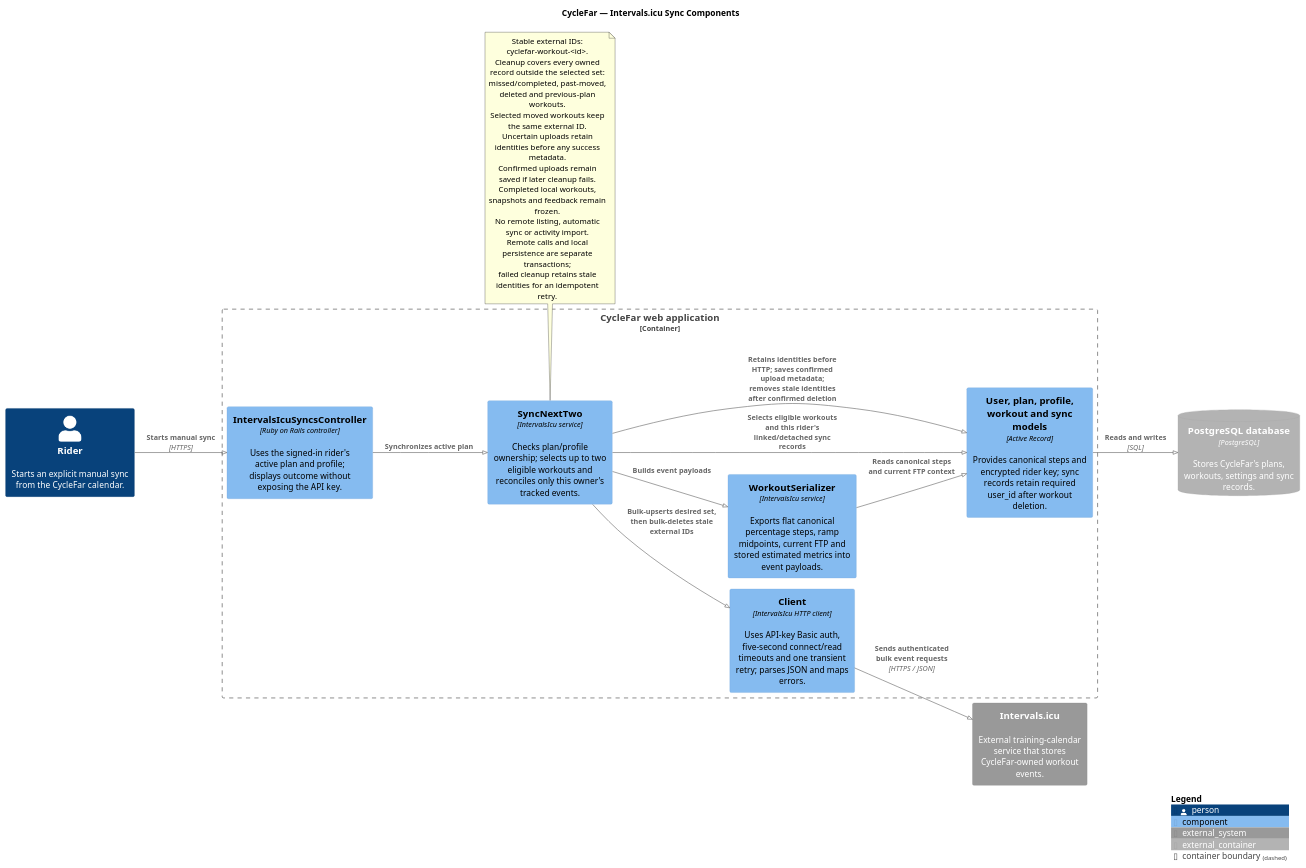
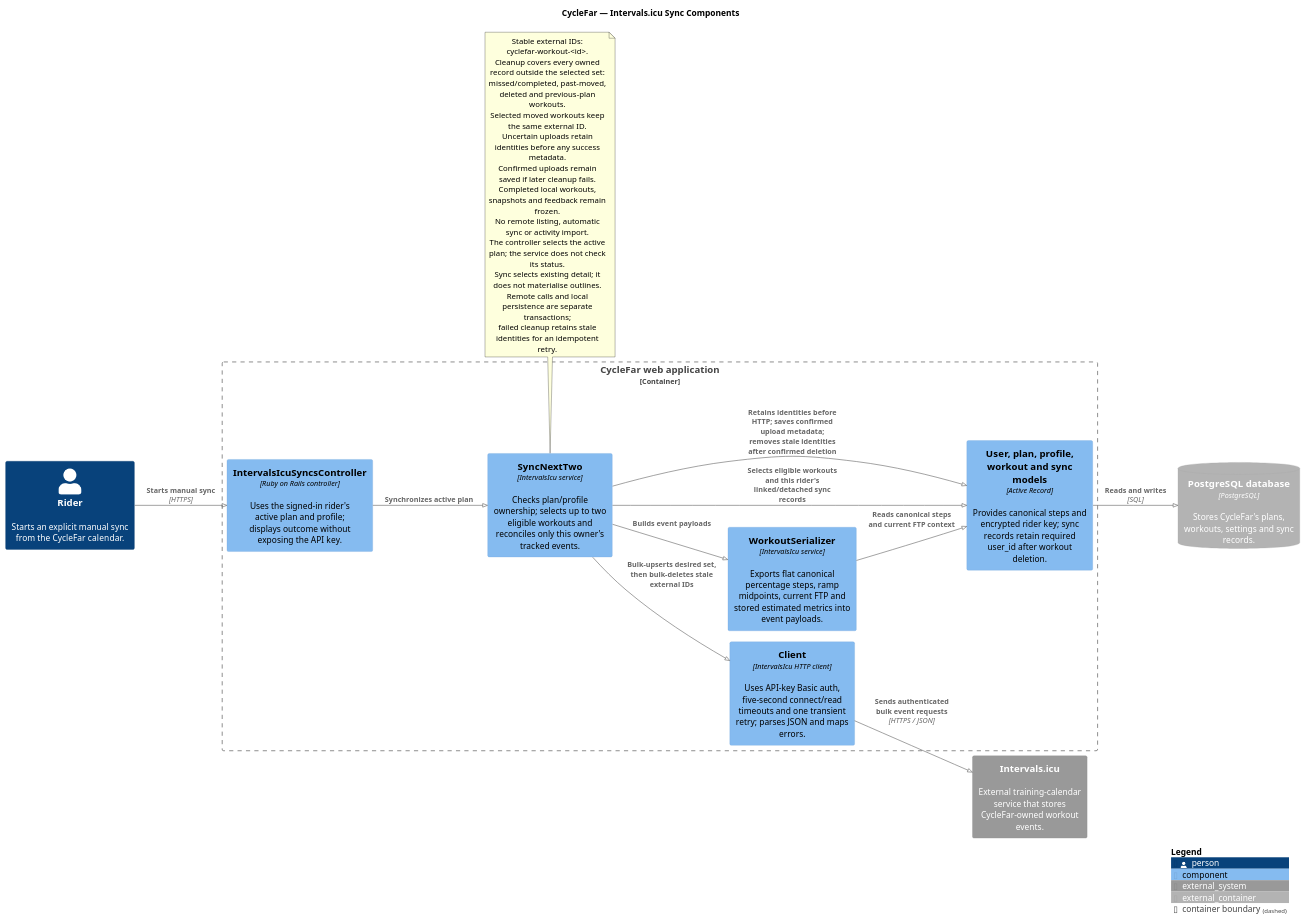
Before and after one commit to richardhartme/cyclefar: the diagram in docs/diagrams/component-cyclefar-intervals-icu-sync.puml, drawn with PlantUML. The commit also changed 20 other files, not shown here.

Commit message:
Updated diagrams

```diff
--- a/docs/diagrams/component-cyclefar-intervals-icu-sync.puml
+++ b/docs/diagrams/component-cyclefar-intervals-icu-sync.puml
@@ -1,46 +1,48 @@
 @startuml
 !pragma layout smetana
 ' Scope and limitations: README.md
 !include https://raw.githubusercontent.com/plantuml-stdlib/C4-PlantUML/master/C4_Component.puml
 
 title CycleFar — Intervals.icu Sync Components
 
 LAYOUT_LEFT_RIGHT()
 
 Person(rider, "Rider", "Starts an explicit manual sync from the CycleFar calendar.")
 System_Ext(intervals_icu, "Intervals.icu", "External training-calendar service that stores CycleFar-owned workout events.")
 ContainerDb_Ext(database, "PostgreSQL database", "PostgreSQL", "Stores CycleFar's plans, workouts, settings and sync records.")
 
 Container_Boundary(web_application, "CycleFar web application") {
   Component(controller, "IntervalsIcuSyncsController", "Ruby on Rails controller", "Uses the signed-in rider's active plan and profile; displays outcome without exposing the API key.")
   Component(sync, "SyncNextTwo", "IntervalsIcu service", "Checks plan/profile ownership; selects up to two eligible workouts and reconciles only this owner's tracked events.")
   Component(serializer, "WorkoutSerializer", "IntervalsIcu service", "Exports flat canonical percentage steps, ramp midpoints, current FTP and stored estimated metrics into event payloads.")
   Component(client, "Client", "IntervalsIcu HTTP client", "Uses API-key Basic auth, five-second connect/read timeouts and one transient retry; parses JSON and maps errors.")
   Component(models, "User, plan, profile, workout and sync models", "Active Record", "Provides canonical steps and encrypted rider key; sync records retain required user_id after workout deletion.")
 }
 
 Rel(rider, controller, "Starts manual sync", "HTTPS")
 Rel(controller, sync, "Synchronizes active plan")
 Rel(sync, models, "Selects eligible workouts and this rider's linked/detached sync records")
 Rel(sync, serializer, "Builds event payloads")
 Rel(serializer, models, "Reads canonical steps and current FTP context")
 Rel(sync, client, "Bulk-upserts desired set, then bulk-deletes stale external IDs")
 Rel(client, intervals_icu, "Sends authenticated bulk event requests", "HTTPS / JSON")
 Rel(sync, models, "Retains identities before HTTP; saves confirmed upload metadata; removes stale identities after confirmed deletion")
 Rel(models, database, "Reads and writes", "SQL")
 
 note bottom of sync
   Stable external IDs: cyclefar-workout-<id>.
   Cleanup covers every owned record outside the selected set:
   missed/completed, past-moved, deleted and previous-plan workouts.
   Selected moved workouts keep the same external ID.
   Uncertain uploads retain identities before any success metadata.
   Confirmed uploads remain saved if later cleanup fails.
   Completed local workouts, snapshots and feedback remain frozen.
   No remote listing, automatic sync or activity import.
+  The controller selects the active plan; the service does not check its status.
+  Sync selects existing detail; it does not materialise outlines.
   Remote calls and local persistence are separate transactions;
   failed cleanup retains stale identities for an idempotent retry.
 end note
 
 SHOW_LEGEND()
 @enduml
```
